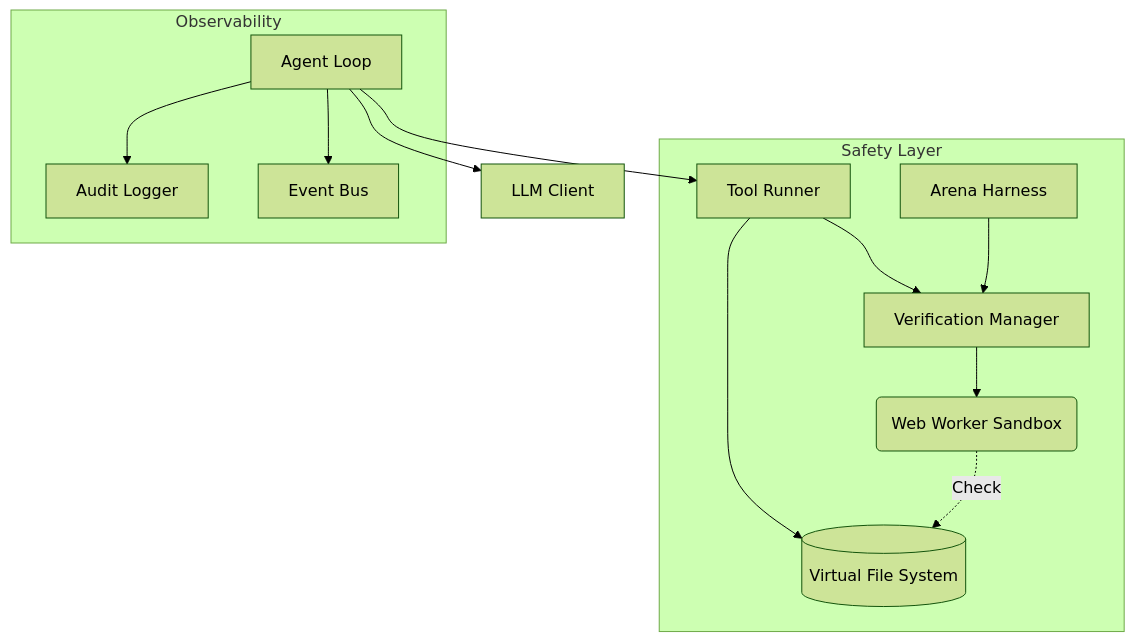
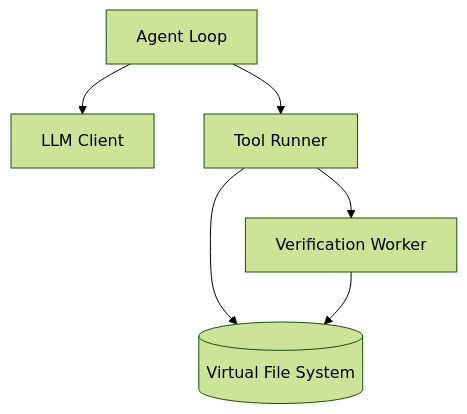
The diagram in README.md (clocksmith/reploid), drawn with Mermaid (forest theme) before and after one commit. The commit also changed other lines of this file, not shown here.

````diff
--- a/README.md
+++ b/README.md
@@ -37,18 +27,8 @@
 ```mermaid
 graph TD
     Agent[Agent Loop] --> LLM[LLM Client]
     Agent --> Tools[Tool Runner]
     Tools --> VFS[(Virtual File System)]
-
-    subgraph Safety Layer
-        Tools --> Verify[Verification Manager]
-        Verify --> Worker(Web Worker Sandbox)
-        Worker -.->|Check| VFS
-        Arena[Arena Harness] --> Verify
-    end
-
-    subgraph Observability
-        Agent --> Audit[Audit Logger]
-        Agent --> Events[Event Bus]
-    end
+    Tools --> Verify[Verification Worker]
+    Verify --> VFS
 ```
````
